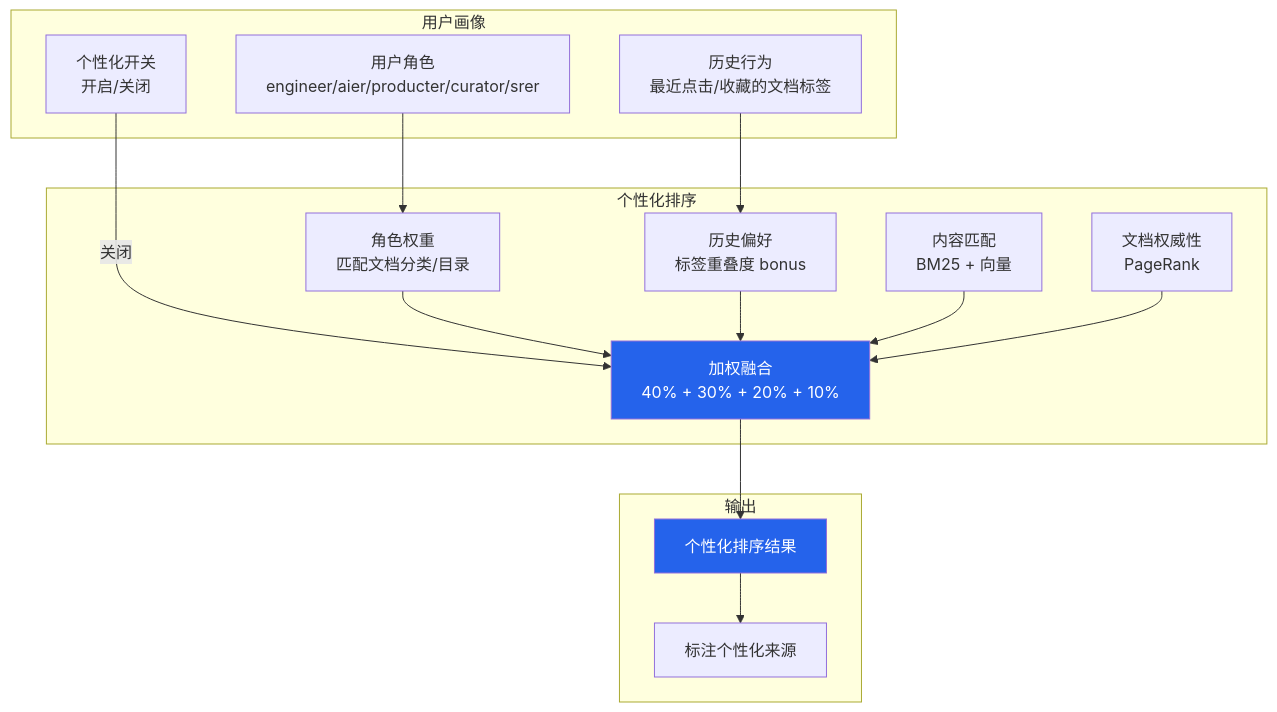
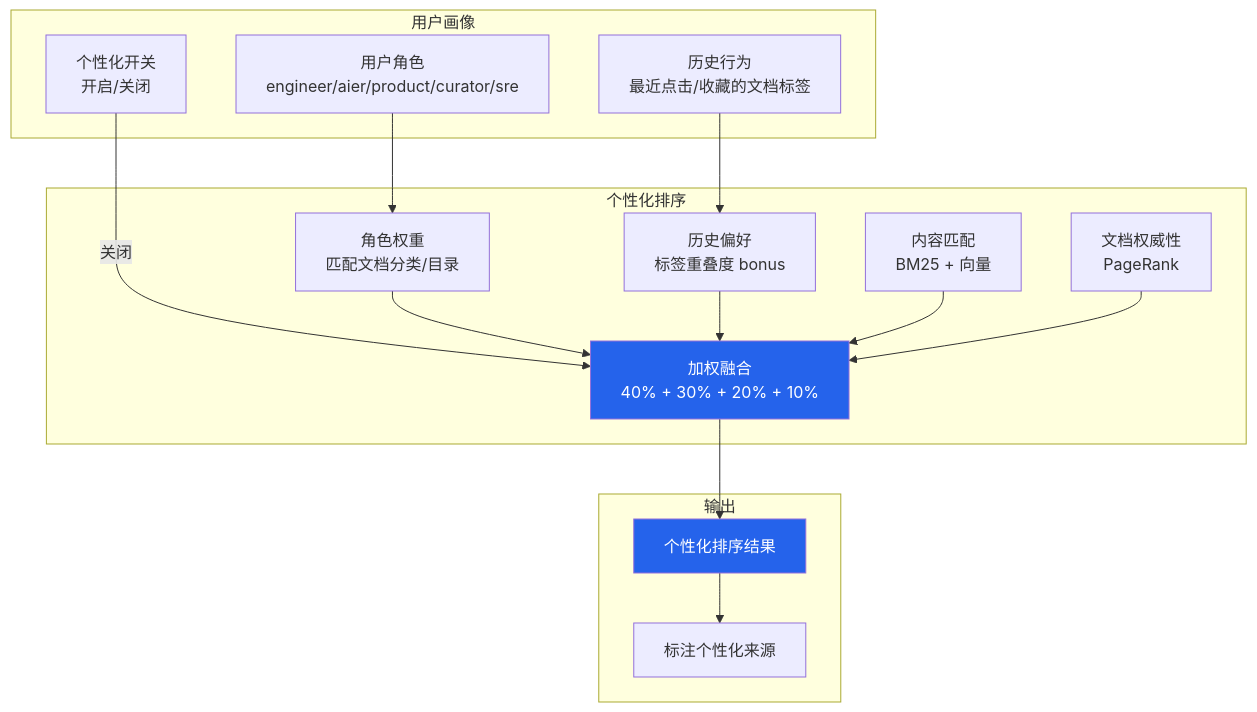
One commit to effiy/YrY changed the third of 3 diagrams in YiKnowledge/projects/yiknowledge/prds/2026-09/44-架构设计-检索个性化排序.md. Above: the diagram before and after it, drawn with Mermaid. The commit also changed other lines of this file and 4958 other files, not shown here.

````diff
--- a/YiKnowledge/projects/yiknowledge/prds/2026-09/44-架构设计-检索个性化排序.md
+++ b/YiKnowledge/projects/yiknowledge/prds/2026-09/44-架构设计-检索个性化排序.md
@@ -173,29 +173,29 @@
 ```mermaid
 graph TB
     subgraph "用户画像"
-        A[用户角色<br/>engineer/aier/producter/curator/srer]
+        A[用户角色<br/>engineer/aier/product/curator/sre]
         B[历史行为<br/>最近点击/收藏的文档标签]
         C[个性化开关<br/>开启/关闭]
     end
 
     subgraph "个性化排序"
         D[角色权重<br/>匹配文档分类/目录]
         E[历史偏好<br/>标签重叠度 bonus]
         F[内容匹配<br/>BM25 + 向量]
         G[文档权威性<br/>PageRank]
         H[加权融合<br/>40% + 30% + 20% + 10%]
     end
 
     subgraph "输出"
         I[个性化排序结果]
         J[标注个性化来源]
     end
 
     A --> D
     B --> E
     C -->|关闭| H
     D & E & F & G --> H --> I --> J
 
     style H fill:#2563eb,color:#fff
     style I fill:#2563eb,color:#fff
 ```
````
